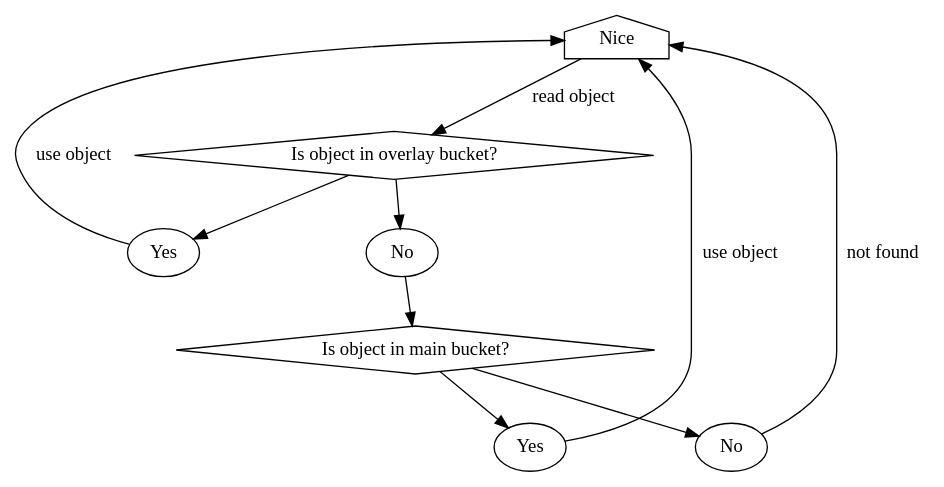
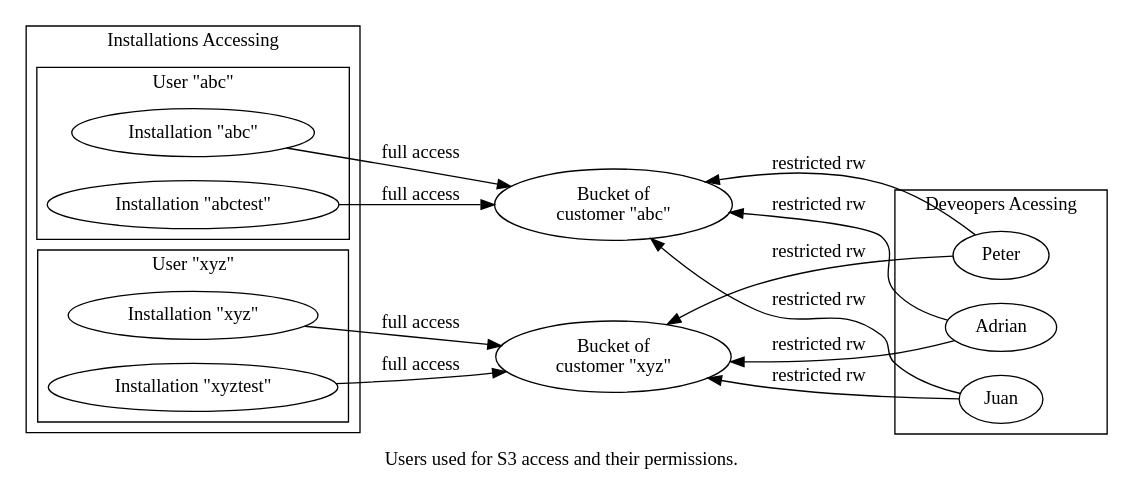
One commit to tocco/tocco-docs changed the first of 2 diagrams in framework/architecture/s3/s3.rst. Above: the diagram before and after it, drawn with Graphviz. The commit also changed other lines of this file and 4 other files, not shown here.

```diff
--- a/framework/architecture/s3/s3.rst
+++ b/framework/architecture/s3/s3.rst
@@ -78,19 +41,38 @@
 .. graphviz::
 
-      digraph {
-        Nice [ shape=house ]
-        overlay[ label="Is object in overlay bucket?", shape=diamond ]
-        in_overlay [ label="Yes" ]
-        not_in_overlay [ label="No" ]
-        main [ label="Is object in main bucket?", shape=diamond ]
-        in_main [ label="Yes" ]
-        not_in_main [ label="No" ]
+     digraph {
+       label="Users used for S3 access and their permissions."
+       rankdir=LR
 
-        Nice -> overlay [ label="read object" ]
-        overlay -> { in_overlay not_in_overlay }
-        in_overlay -> Nice [label="use object"]
-        not_in_overlay -> main
-        main -> { in_main, not_in_main }
-        in_main -> Nice [ label="use object" ]
-        not_in_main -> Nice [ label="not found" ]
-      }
+       subgraph cluster1 {
+           label="Installations Accessing"
+
+           subgraph cluster1a {
+               label="User \"abc\""
+
+               abc [ label="Installation \"abc\"" ]
+               abctest [ label="Installation \"abctest\"" ]
+           }
+           subgraph cluster1b {
+               label="User \"xyz\""
+
+               xyz [ label=" Installation \"xyz\"" ]
+               xyztest [ label="Installation \"xyztest\"" ]
+           }
+       }
+
+       subgraph cluster2 {
+           label="Deveopers Acessing"
+
+           dev_a [ label="Peter" ]
+           dev_b [ label="Adrian" ]
+           dev_c [ label="Juan" ]
+       }
+
+       bucket_abc [ label="Bucket of\ncustomer \"abc\"" ]
+       bucket_xyz [ label="Bucket of\ncustomer \"xyz\"" ]
+
+       { abc abctest } -> bucket_abc [ label="full access" ]
+       { xyz xyztest } -> bucket_xyz [ label="full access" ]
+       { bucket_abc bucket_xyz } -> { dev_a dev_b dev_c } [ dir=back label="restricted rw" ]
+     }
```
